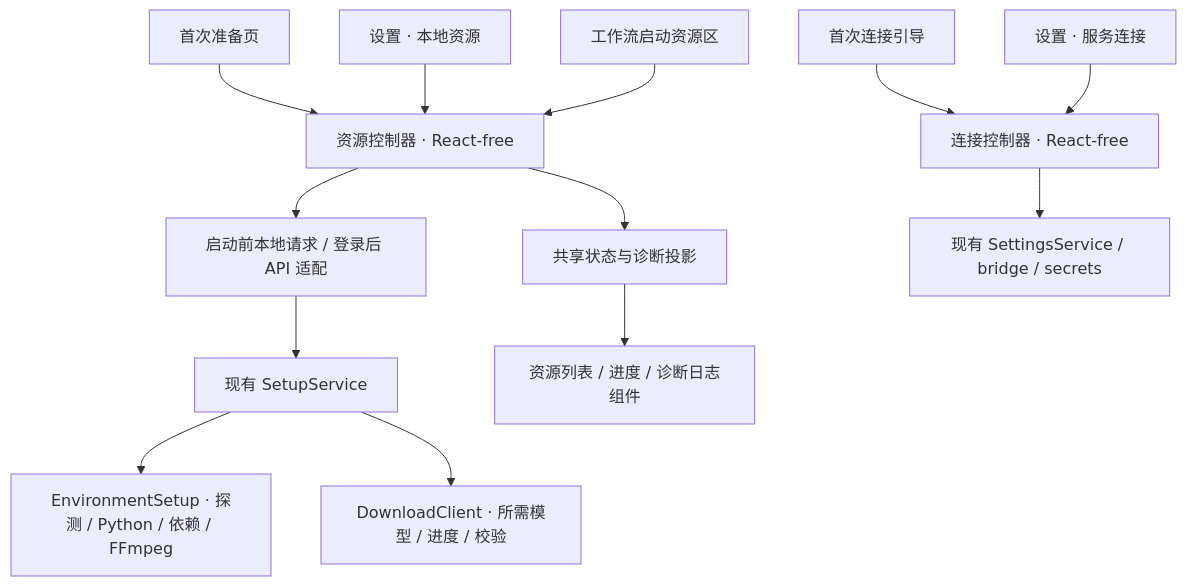
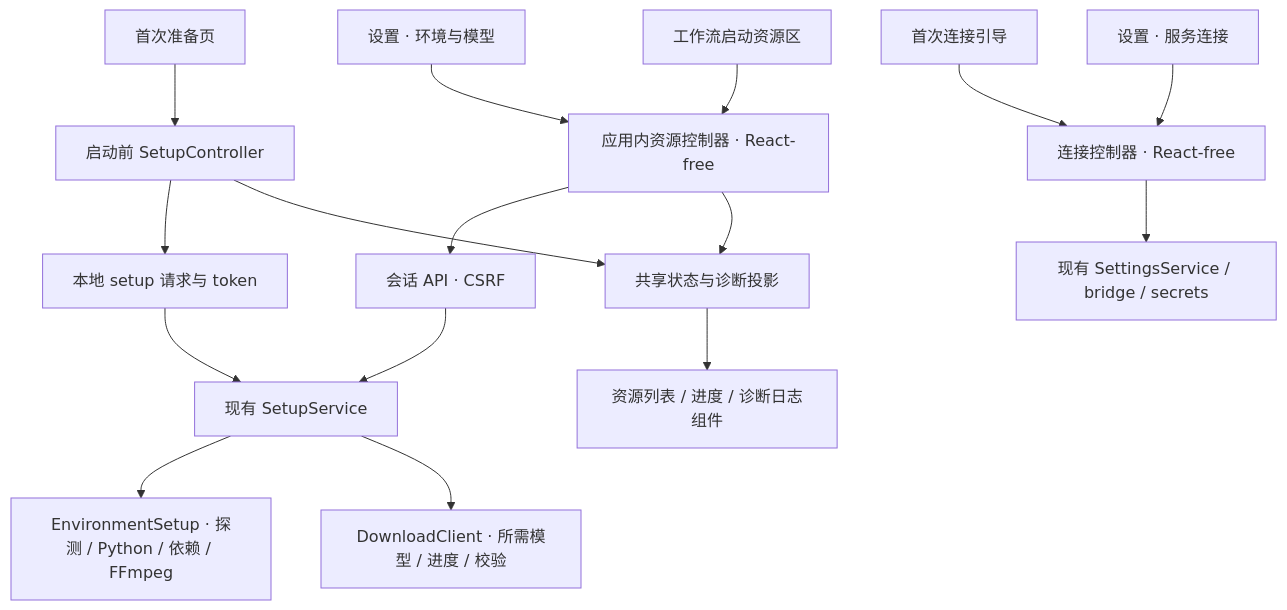
One commit to liuzhao1225/YouDub-webui changed the diagram in docs/design/settings-and-setup-unification.md. Above: the diagram before and after it, drawn with Mermaid. The commit also changed other lines of this file, not shown here.

````diff
--- a/docs/design/settings-and-setup-unification.md
+++ b/docs/design/settings-and-setup-unification.md
@@ -141,15 +165,18 @@
 ```mermaid
 flowchart TB
-    Gate[首次准备页] --> RC[资源控制器 · React-free]
-    ResourcePage[设置 · 本地资源] --> RC
+    Gate[首次准备页] --> BC[启动前 SetupController]
+    ResourcePage[设置 · 环境与模型] --> RC
     Run[工作流启动资源区] --> RC
-    RC --> Transport[启动前本地请求 / 登录后 API 适配]
-    Transport --> Setup[现有 SetupService]
+    BC --> BootAPI[本地 setup 请求与 token]
+    RC[应用内资源控制器 · React-free] --> AppAPI[会话 API · CSRF]
+    BootAPI --> Setup[现有 SetupService]
+    AppAPI --> Setup
     Setup --> Env[EnvironmentSetup · 探测 / Python / 依赖 / FFmpeg]
     Setup --> Downloads[DownloadClient · 所需模型 / 进度 / 校验]
     Welcome[首次连接引导] --> CC[连接控制器 · React-free]
     Connections[设置 · 服务连接] --> CC
     CC --> Settings[现有 SettingsService / bridge / secrets]
     RC --> Snapshot[共享状态与诊断投影]
+    BC --> Snapshot
     Snapshot --> UI[资源列表 / 进度 / 诊断日志组件]
 ```
````
